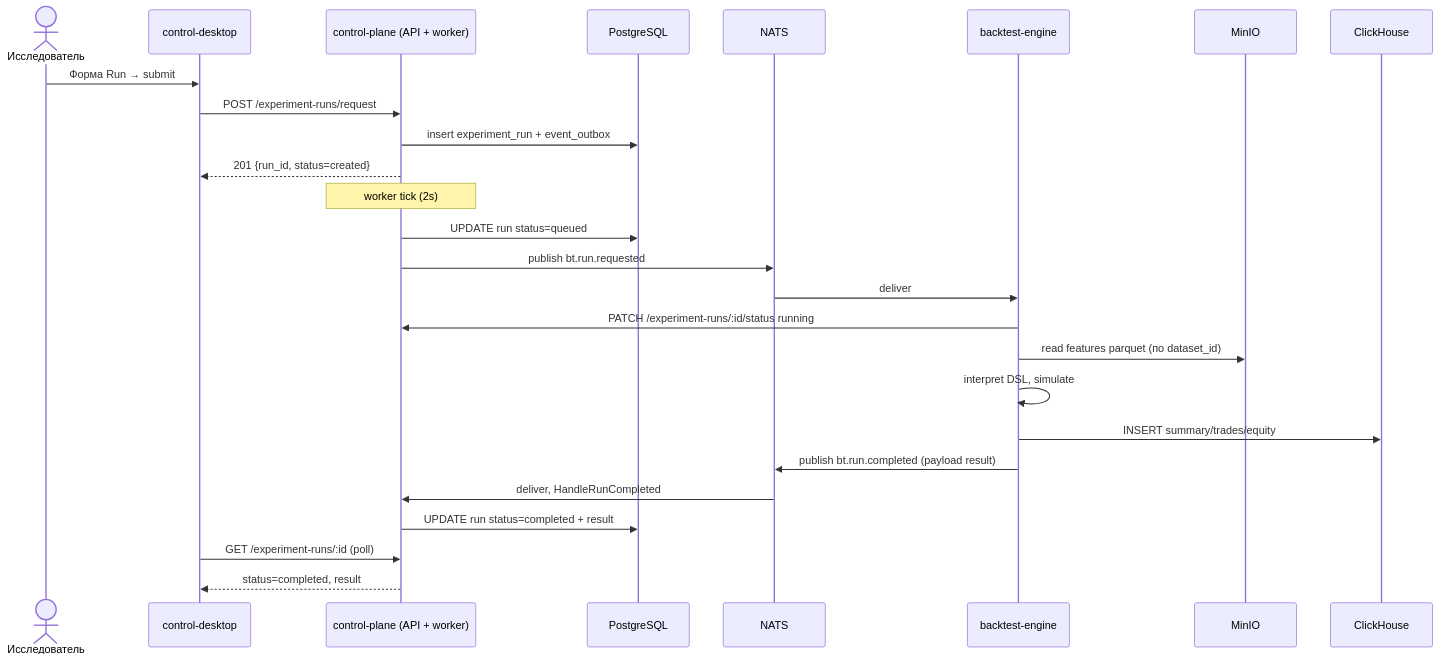
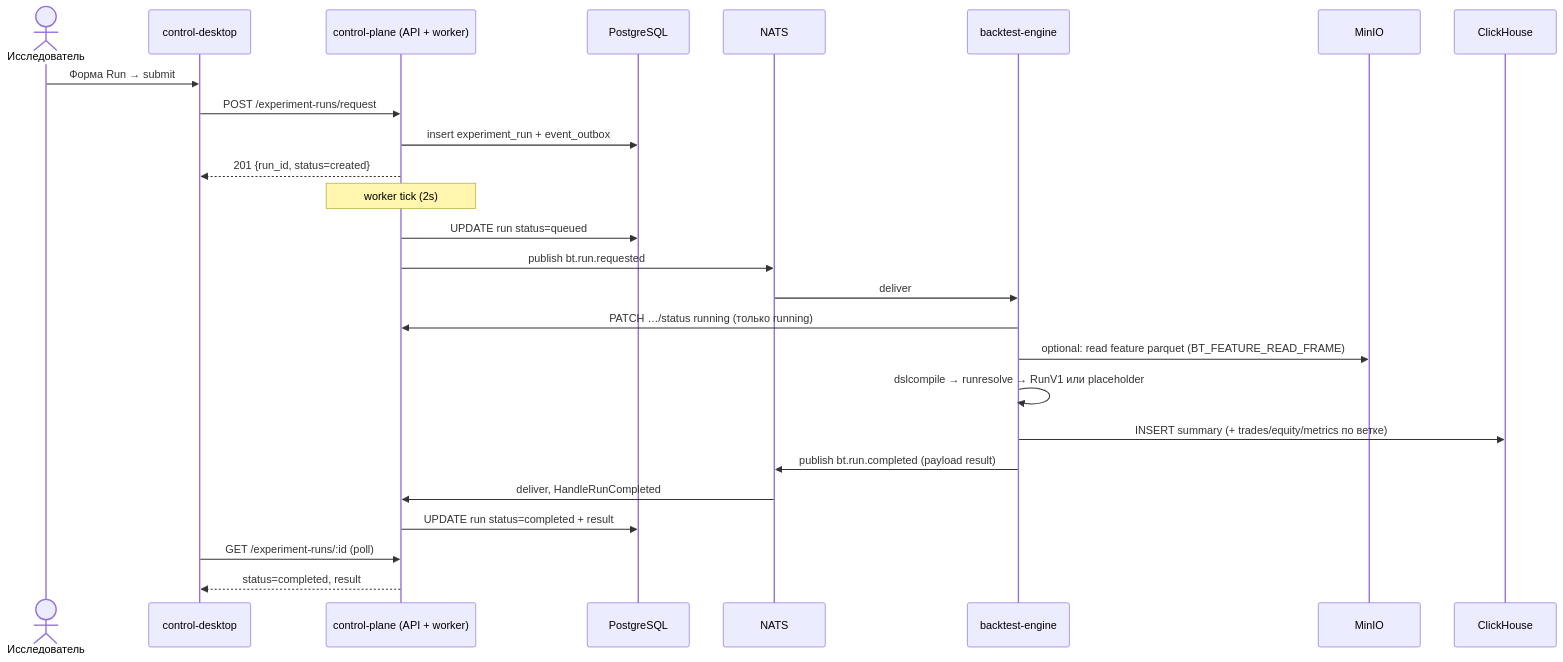
The second of 3 diagrams in docs/stages/stage-3-backtest-and-desktop.md (Algorhythm-LLC/Algorhythm), drawn with Mermaid before and after one commit. The commit also changed other lines of this file and 6 other files, not shown here.

````diff
--- a/docs/stages/stage-3-backtest-and-desktop.md
+++ b/docs/stages/stage-3-backtest-and-desktop.md
@@ -70,29 +70,29 @@
 ```mermaid
 sequenceDiagram
   actor U as Исследователь
   participant D as control-desktop
   participant CP as control-plane (API + worker)
   participant PG as PostgreSQL
   participant N as NATS
   participant B as backtest-engine
   participant M as MinIO
   participant CH as ClickHouse
 
   U->>D: Форма Run → submit
   D->>CP: POST /experiment-runs/request
   CP->>PG: insert experiment_run + event_outbox
   CP-->>D: 201 {run_id, status=created}
   Note over CP: worker tick (2s)
   CP->>PG: UPDATE run status=queued
   CP->>N: publish bt.run.requested
   N->>B: deliver
-  B->>CP: PATCH /experiment-runs/:id/status running
-  B->>M: read features parquet (по dataset_id)
-  B->>B: interpret DSL, simulate
-  B->>CH: INSERT summary/trades/equity
+  B->>CP: PATCH …/status running (только running)
+  B->>M: optional: read feature parquet (BT_FEATURE_READ_FRAME)
+  B->>B: dslcompile → runresolve → RunV1 или placeholder
+  B->>CH: INSERT summary (+ trades/equity/metrics по ветке)
   B->>N: publish bt.run.completed (payload result)
   N->>CP: deliver, HandleRunCompleted
   CP->>PG: UPDATE run status=completed + result
   D->>CP: GET /experiment-runs/:id (poll)
   CP-->>D: status=completed, result
 ```
````
